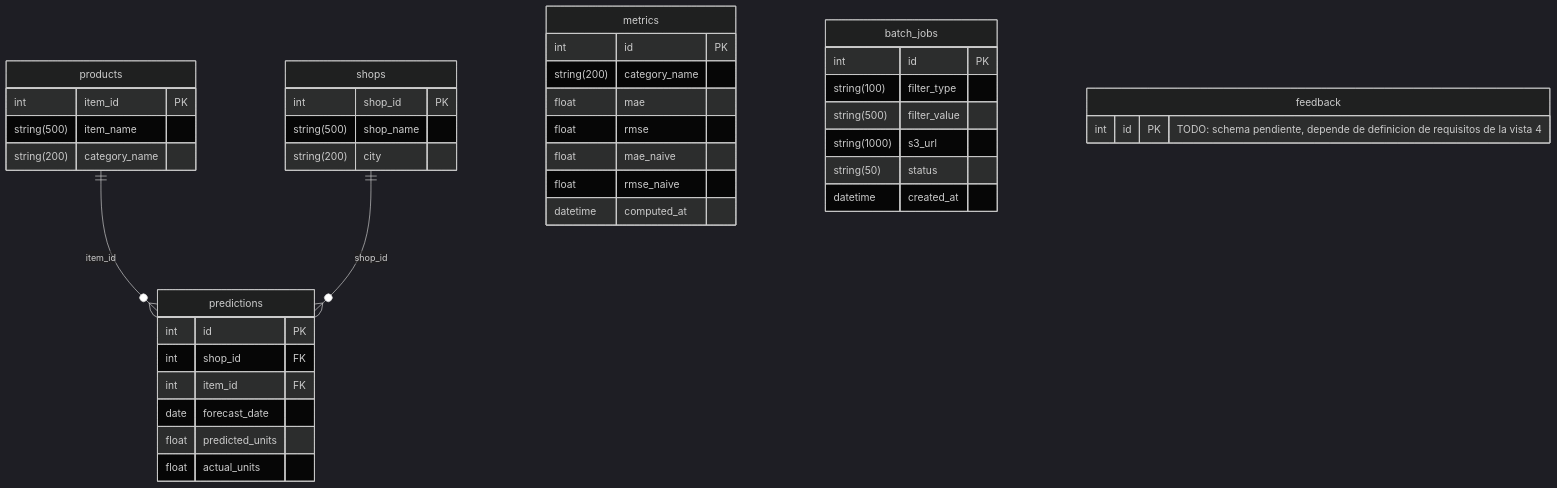
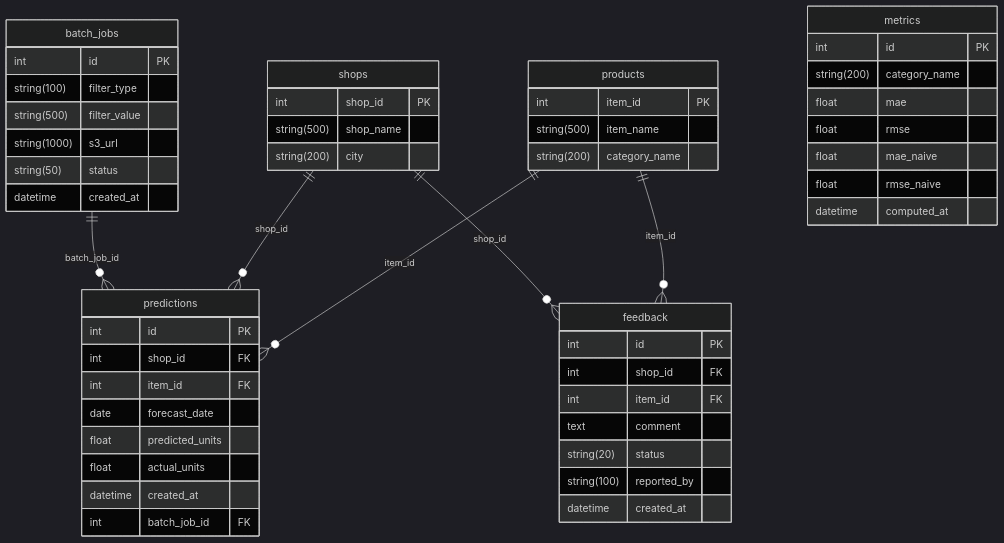
One commit to AntonioEJ/data-product-forecasting changed the diagram in docs/erd.md. Above: the diagram before and after it, drawn with Mermaid (dark theme). The commit also changed other lines of this file, not shown here.

Commit message:
docs: actualizar ERD con created_at, batch_job_id y feedback

````diff
--- a/docs/erd.md
+++ b/docs/erd.md
@@ -9,50 +9,55 @@
 ```mermaid
 erDiagram
     products ||--o{ predictions : "item_id"
     shops ||--o{ predictions : "shop_id"
+    batch_jobs ||--o{ predictions : "batch_job_id"
+    products ||--o{ feedback : "item_id"
+    shops ||--o{ feedback : "shop_id"
 
     products {
         int item_id PK
         string(500) item_name
         string(200) category_name
     }
-
     shops {
         int shop_id PK
         string(500) shop_name
         string(200) city
     }
-
     predictions {
         int id PK
         int shop_id FK
         int item_id FK
         date forecast_date
         float predicted_units
         float actual_units
+        datetime created_at
+        int batch_job_id FK
     }
-
     metrics {
         int id PK
         string(200) category_name
         float mae
         float rmse
         float mae_naive
         float rmse_naive
         datetime computed_at
     }
-
     batch_jobs {
         int id PK
         string(100) filter_type
         string(500) filter_value
         string(1000) s3_url
         string(50) status
         datetime created_at
     }
-
     feedback {
         int id PK
-        "TODO: schema pendiente, depende de definicion de requisitos de la vista 4"
+        int shop_id FK
+        int item_id FK
+        text comment
+        string(20) status
+        string(100) reported_by
+        datetime created_at
     }
 ```
````
